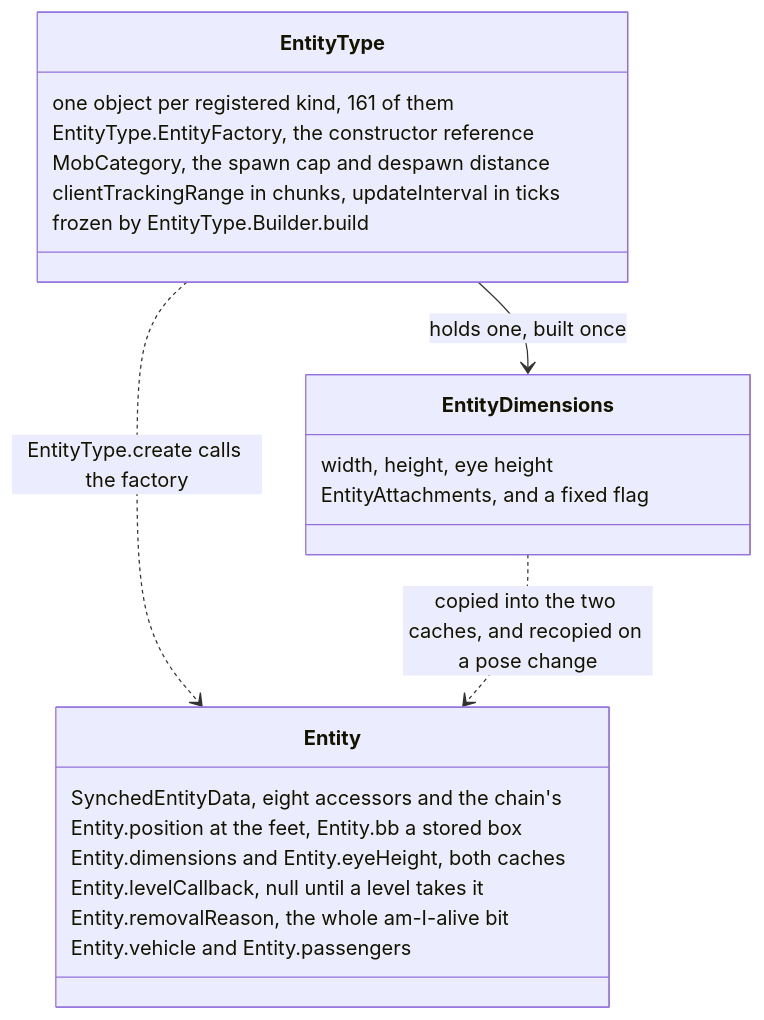
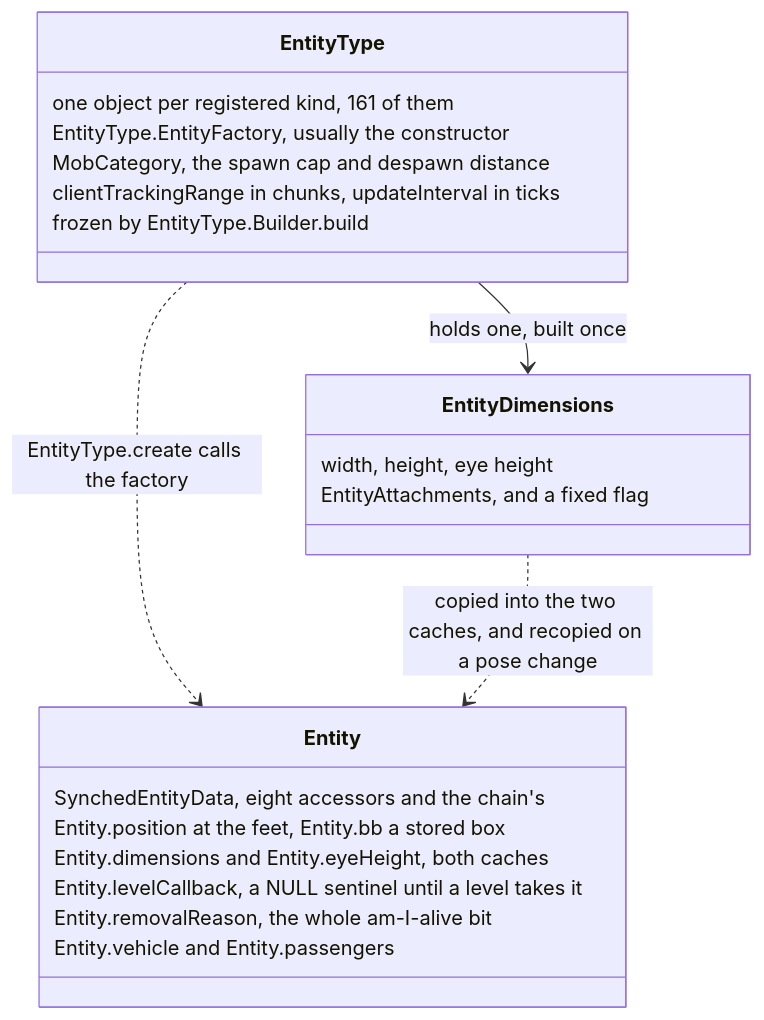
The first of 3 diagrams in src/systems/entities/entity-anatomy.md (AlexanderjFraser/MinecraftDocs), drawn with Mermaid before and after one commit. The commit also changed other lines of this file and 21 other files, not shown here.

````diff
--- a/src/systems/entities/entity-anatomy.md
+++ b/src/systems/entities/entity-anatomy.md
@@ -57,25 +59,25 @@
 ```mermaid
 classDiagram
     class EntityType {
         one object per registered kind, 161 of them
-        EntityType.EntityFactory, the constructor reference
+        EntityType.EntityFactory, usually the constructor
         MobCategory, the spawn cap and despawn distance
         clientTrackingRange in chunks, updateInterval in ticks
         frozen by EntityType.Builder.build
     }
     class EntityDimensions {
         width, height, eye height
         EntityAttachments, and a fixed flag
     }
     class Entity {
         SynchedEntityData, eight accessors and the chain's
         Entity.position at the feet, Entity.bb a stored box
         Entity.dimensions and Entity.eyeHeight, both caches
-        Entity.levelCallback, null until a level takes it
+        Entity.levelCallback, a NULL sentinel until a level takes it
         Entity.removalReason, the whole am-I-alive bit
         Entity.vehicle and Entity.passengers
     }
     EntityType --> EntityDimensions : holds one, built once
     EntityType ..> Entity : EntityType.create calls the factory
     EntityDimensions ..> Entity : copied into the two caches, and recopied on a pose change
 ```
````
